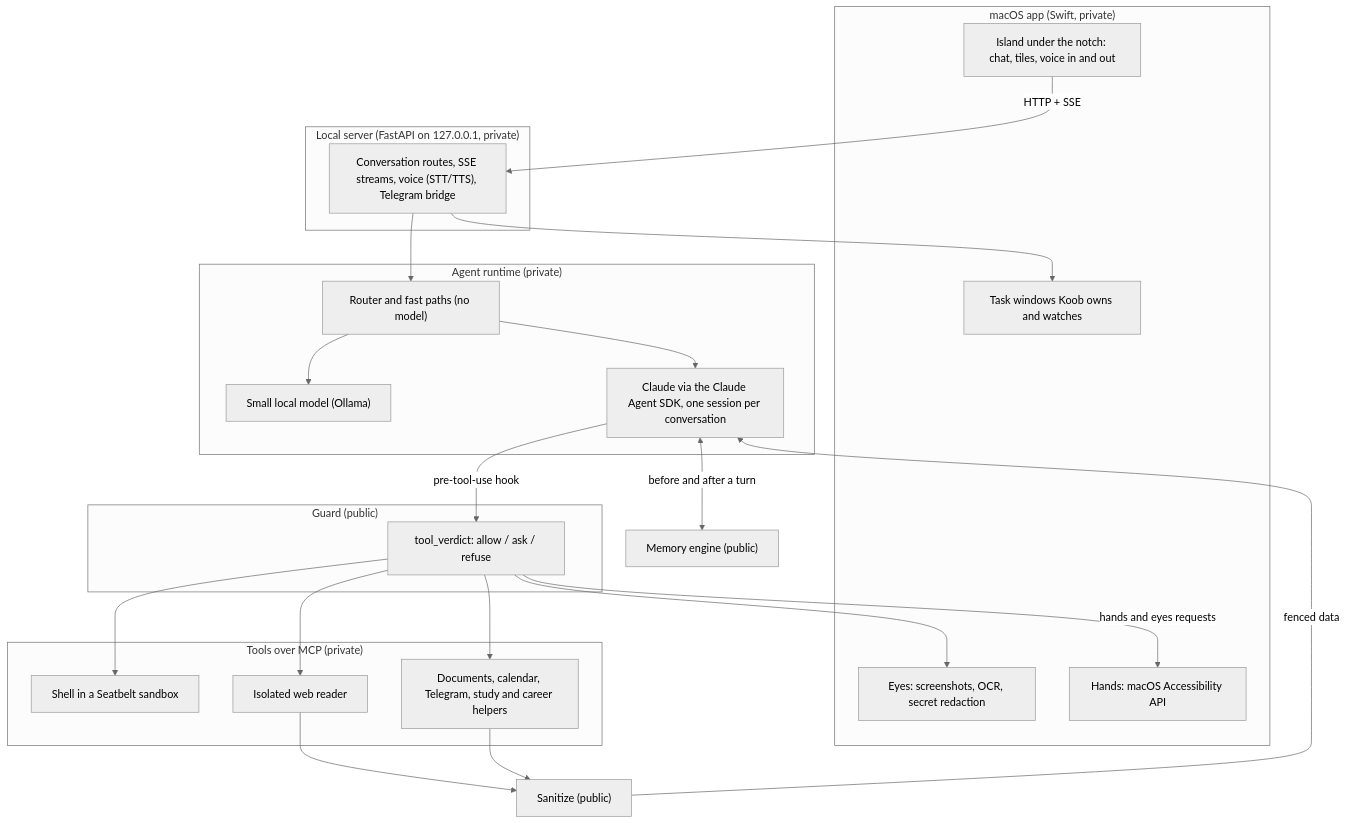
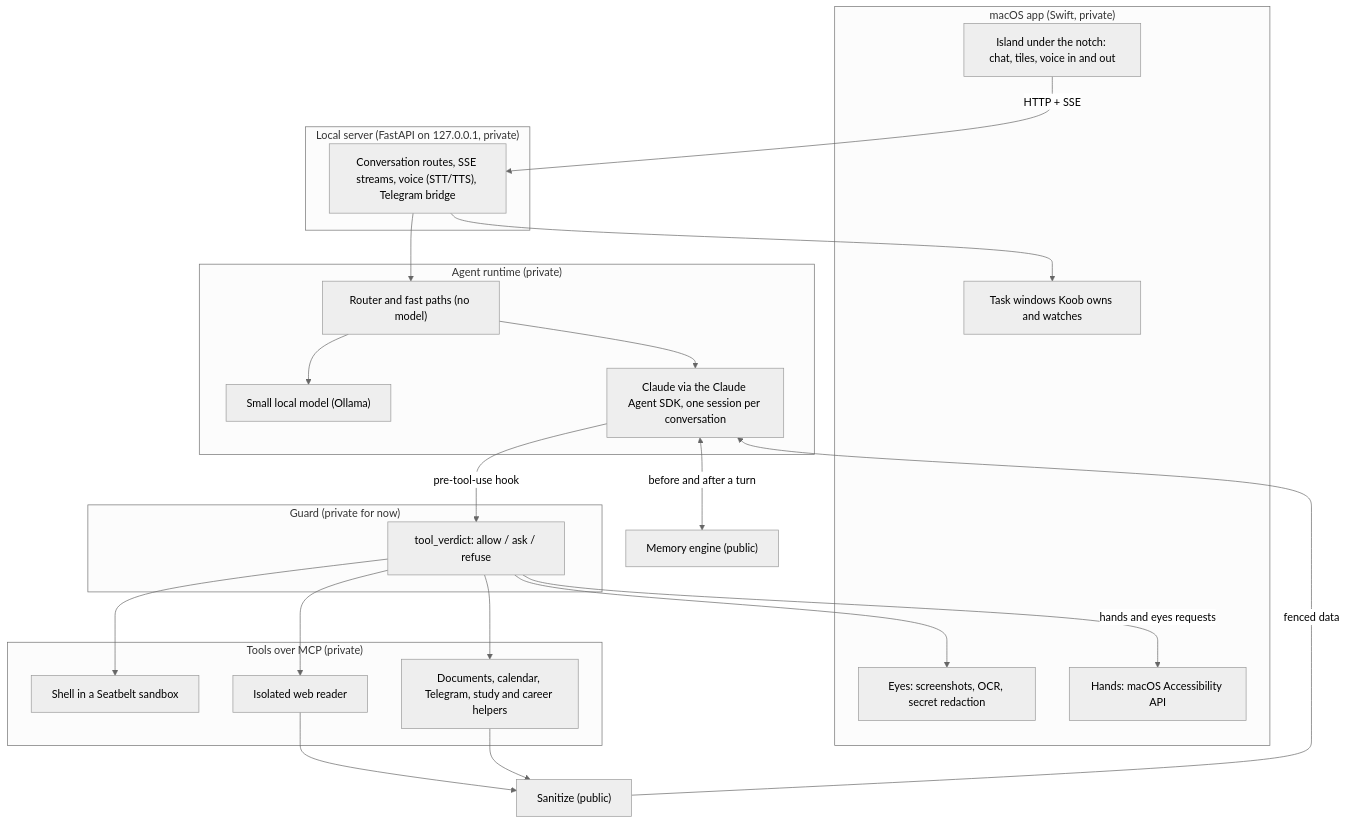
One commit to Samitovamir/koob changed the first of 2 diagrams in docs/architecture.md. Above: the diagram before and after it, drawn with Mermaid (neutral theme). The commit also changed other lines of this file and 6 other files, not shown here.

````diff
--- a/docs/architecture.md
+++ b/docs/architecture.md
@@ -7,48 +7,48 @@
 ```mermaid
 flowchart TB
     subgraph mac["macOS app (Swift, private)"]
         island["Island under the notch: chat, tiles, voice in and out"]
         eyes["Eyes: screenshots, OCR, secret redaction"]
         hands["Hands: macOS Accessibility API"]
         windows["Task windows Koob owns and watches"]
     end
 
     subgraph server["Local server (FastAPI on 127.0.0.1, private)"]
         routes["Conversation routes, SSE streams, voice (STT/TTS), Telegram bridge"]
     end
 
     subgraph runtime["Agent runtime (private)"]
         router["Router and fast paths (no model)"]
         local["Small local model (Ollama)"]
         claude["Claude via the Claude Agent SDK, one session per conversation"]
     end
 
-    subgraph gate["Guard (public)"]
+    subgraph gate["Guard (private for now)"]
         verdict["tool_verdict: allow / ask / refuse"]
     end
 
     subgraph tools["Tools over MCP (private)"]
         shell["Shell in a Seatbelt sandbox"]
         scout["Isolated web reader"]
         docs["Documents, calendar, Telegram, study and career helpers"]
     end
 
     sanitize["Sanitize (public)"]
     memory["Memory engine (public)"]
 
     island -->|"HTTP + SSE"| routes
     routes --> router
     router --> local
     router --> claude
     claude -->|"pre-tool-use hook"| verdict
     verdict --> shell
     verdict --> scout
     verdict --> docs
     verdict -->|"hands and eyes requests"| hands
     verdict --> eyes
     scout --> sanitize
     docs --> sanitize
     sanitize -->|"fenced data"| claude
     claude <-->|"before and after a turn"| memory
     routes --> windows
 ```
````
